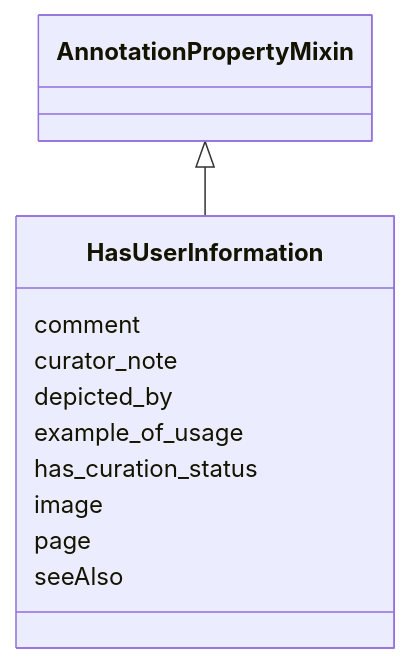
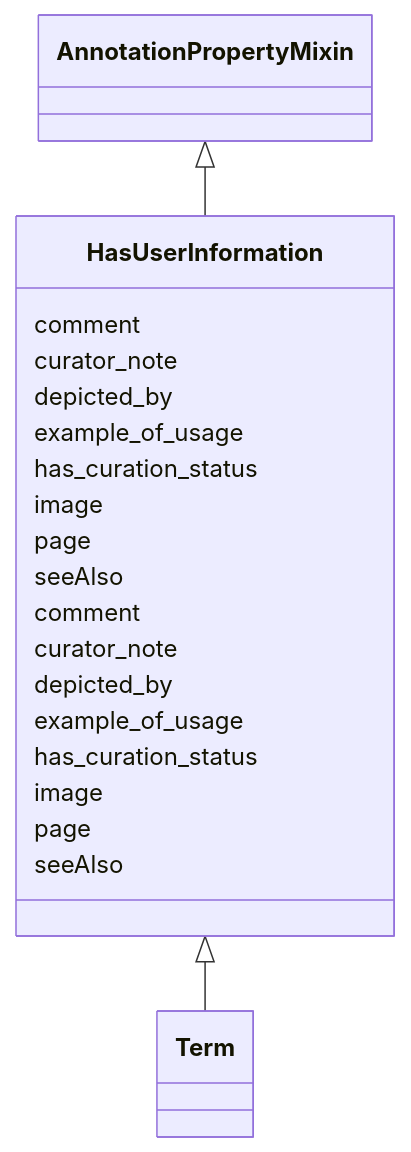
The diagram in ontology-metadata/HasUserInformation.md (INCATools/ontology-access-kit), drawn with Mermaid before and after one commit. The commit also changed 245 other files, not shown here.

````diff
--- a/ontology-metadata/HasUserInformation.md
+++ b/ontology-metadata/HasUserInformation.md
@@ -13,15 +13,27 @@
 ```{mermaid}
  classDiagram
+    class HasUserInformation
       AnnotationPropertyMixin <|-- HasUserInformation
       
       HasUserInformation : comment
       HasUserInformation : curator_note
       HasUserInformation : depicted_by
       HasUserInformation : example_of_usage
       HasUserInformation : has_curation_status
       HasUserInformation : image
       HasUserInformation : page
       HasUserInformation : seeAlso
       
 
+      HasUserInformation <|-- Term
+      
+      HasUserInformation : comment
+      HasUserInformation : curator_note
+      HasUserInformation : depicted_by
+      HasUserInformation : example_of_usage
+      HasUserInformation : has_curation_status
+      HasUserInformation : image
+      HasUserInformation : page
+      HasUserInformation : seeAlso
+      
 ```
````
